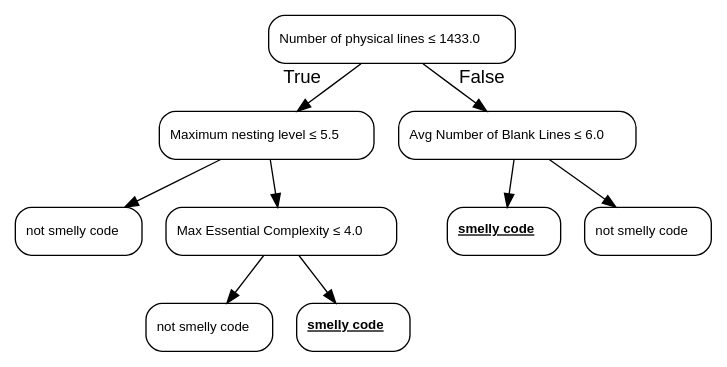
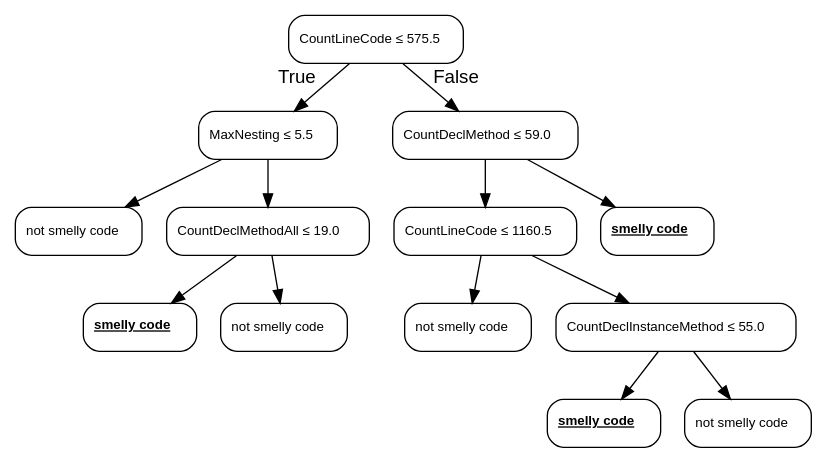
One commit to christianorossini/masterProject changed the diagram in artefatos/models/dt/gc/dot/7_entropy.dot. Above: the diagram before and after it, drawn with Graphviz. The commit also changed 74 other files, not shown here.

```diff
--- a/artefatos/models/dt/gc/dot/7_entropy.dot
+++ b/artefatos/models/dt/gc/dot/7_entropy.dot
@@ -1,21 +1,29 @@
 digraph Tree {
 node [color="black", fontname=helvetica, shape=box, style="rounded", width=0.5, fontsize=10];
 edge [fontname=helvetica];
-0 [label=<Number of physical lines &le; 1433.0>];
-1 [label=<Maximum nesting level &le; 5.5>];
+0 [label=<CountLineCode &le; 575.5>];
+1 [label=<MaxNesting &le; 5.5>];
 0 -> 1  [headlabel="True", labelangle=45, labeldistance="2.5"];
-3 [label=<not smelly code>];
-1 -> 3;
-4 [label=<Max Essential Complexity &le; 4.0>];
-1 -> 4;
 7 [label=<not smelly code>];
-4 -> 7;
-8 [label=<<u><b>smelly code</b></u>>];
-4 -> 8;
-2 [label=<Avg Number of Blank Lines &le; 6.0>];
+1 -> 7;
+8 [label=<CountDeclMethodAll &le; 19.0>];
+1 -> 8;
+11 [label=<<u><b>smelly code</b></u>>];
+8 -> 11;
+12 [label=<not smelly code>];
+8 -> 12;
+2 [label=<CountDeclMethod &le; 59.0>];
 0 -> 2  [headlabel="False", labelangle="-45", labeldistance="2.5"];
-5 [label=<<u><b>smelly code</b></u>>];
-2 -> 5;
-6 [label=<not smelly code>];
-2 -> 6;
+3 [label=<CountLineCode &le; 1160.5>];
+2 -> 3;
+5 [label=<not smelly code>];
+3 -> 5;
+6 [label=<CountDeclInstanceMethod &le; 55.0>];
+3 -> 6;
+9 [label=<<u><b>smelly code</b></u>>];
+6 -> 9;
+10 [label=<not smelly code>];
+6 -> 10;
+4 [label=<<u><b>smelly code</b></u>>];
+2 -> 4;
 }
```
